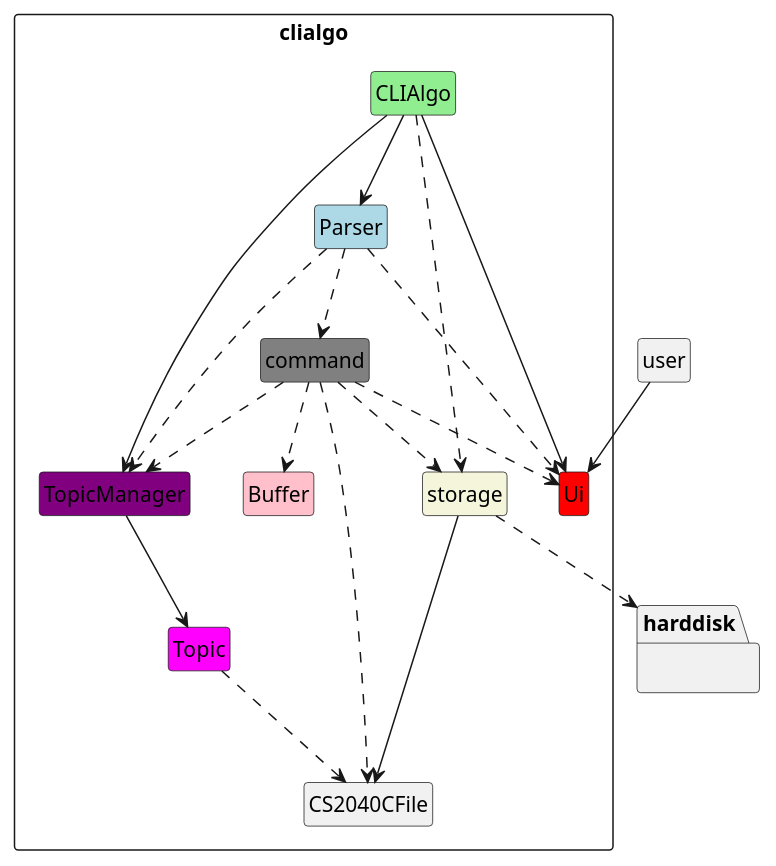
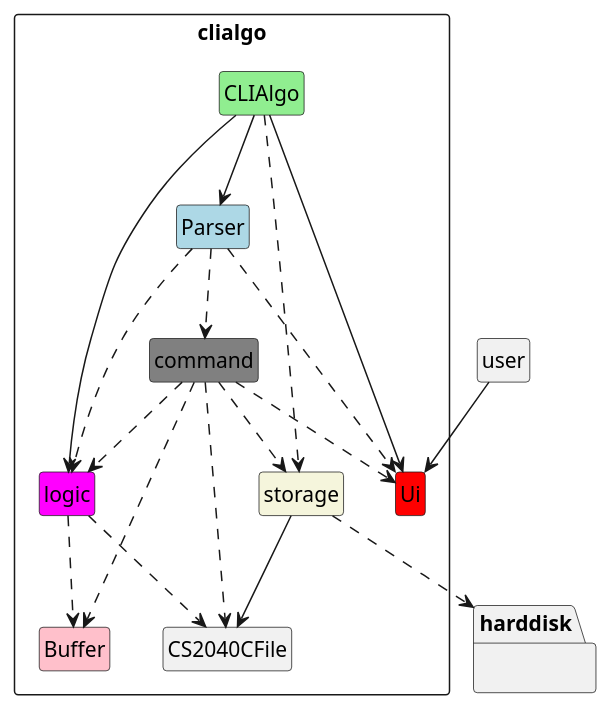
One commit to ong-ck/tp changed the diagram in docs/class-diagrams/source-files/ArchitectureDiagram.puml. Above: the diagram before and after it, drawn with PlantUML. The commit also changed 1 other file, not shown here.

Commit message:
Update architecture diagram to include logic

```diff
--- a/docs/class-diagrams/source-files/ArchitectureDiagram.puml
+++ b/docs/class-diagrams/source-files/ArchitectureDiagram.puml
@@ -1,59 +1,55 @@
 @startuml
 skinparam classAttributeIconSize 0
 hide empty members
 
 class user {
-
 }
 
 package clialgo <<rectangle>> {
     class CLIAlgo #lightgreen {
 
     }
 
     class Parser #lightblue{
     }
 
     class Ui #red {
     }
 
-    class TopicManager #purple {
-    }
-
-    class Topic #magenta{
+    class logic #magenta {
     }
 
     class command #grey {
     }
 
     class storage #beige {
     }
 
     class Buffer #pink {
     }
 
     class CS2040CFile {
     }
 }
 package harddisk {
 }
 user --> Ui
 CLIAlgo --> Ui
-CLIAlgo -->TopicManager
+CLIAlgo -->logic
 CLIAlgo --> Parser
 CLIAlgo ..> storage
 Parser ..> Ui
-Parser ..> TopicManager
+Parser ..> logic
 Parser ..> command
 storage ..> harddisk
-TopicManager --> Topic
 storage --> CS2040CFile
 command ..> Ui
-command ..> TopicManager
+command ..> logic
 command ..> storage
 command ..> CS2040CFile
 command ..> Buffer
-Topic ..> CS2040CFile
+logic ..> Buffer
+logic ..> CS2040CFile
 
 hide circle
 @enduml
```
